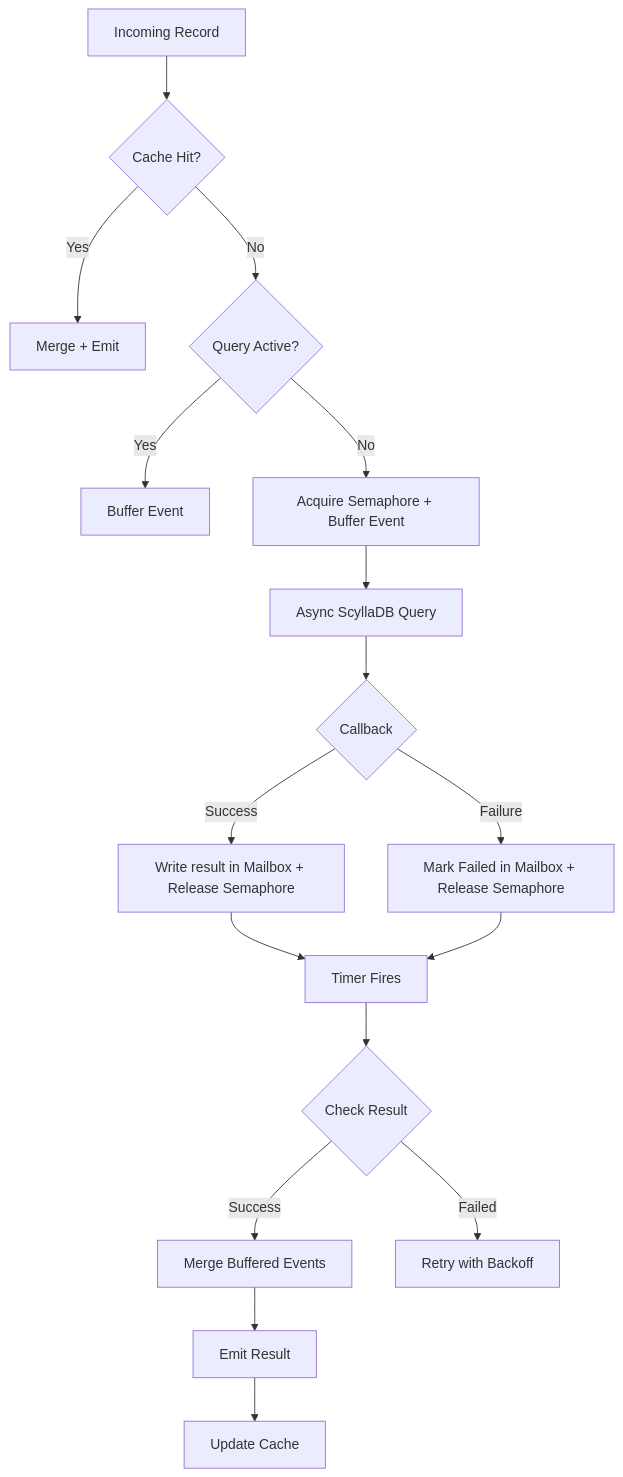
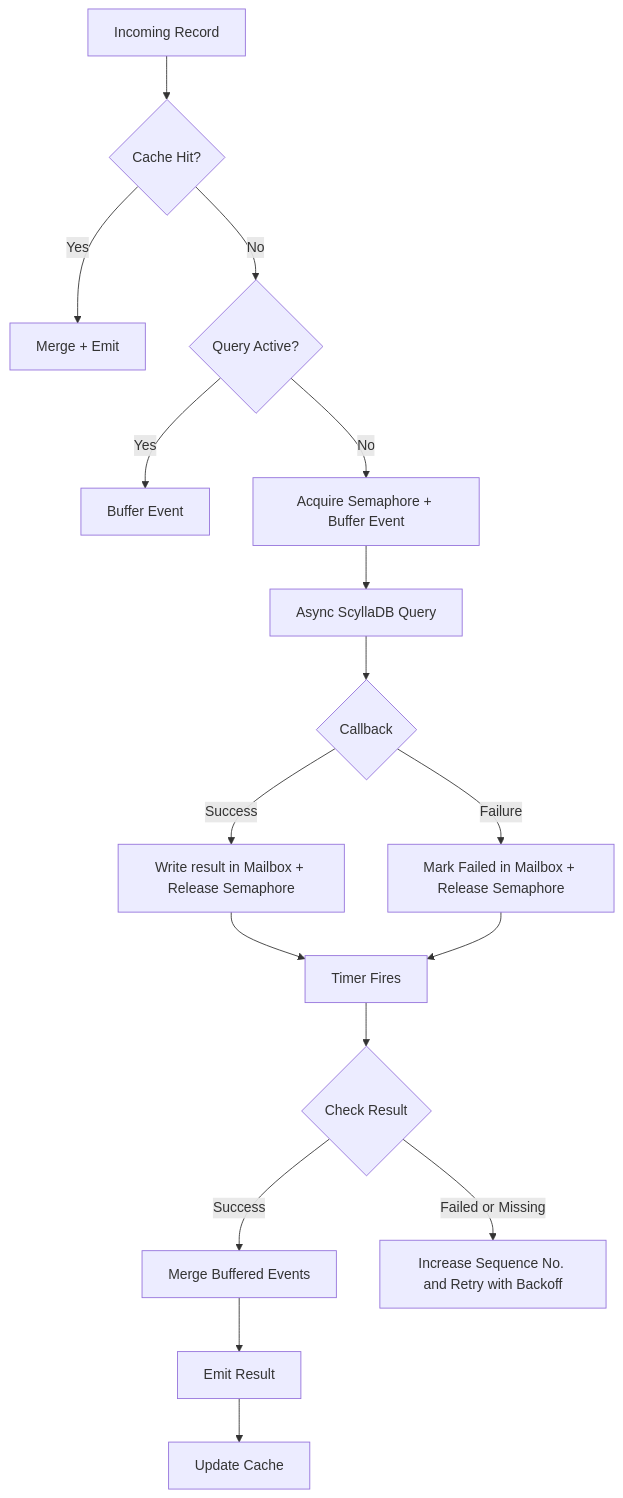
One commit to scaars10/scaars10.github.io changed the diagram in posts/stateful-async.md. Above: the diagram before and after it, drawn with Mermaid.

Commit message:
Refinements

````diff
--- a/posts/stateful-async.md
+++ b/posts/stateful-async.md
@@ -94,25 +94,25 @@
 ```mermaid
 graph TD
     Start[Incoming Record] --> CheckCache{Cache Hit?}
     CheckCache -- Yes --> MergeEmit[Merge + Emit]
     CheckCache -- No --> QueryActive{Query Active?}
     
     QueryActive -- Yes --> Buffer[Buffer Event]
     QueryActive -- No --> AcquireSem[Acquire Semaphore + Buffer Event]
     
     AcquireSem --> AsyncQuery[Async ScyllaDB Query]
     AsyncQuery --> Callback{Callback}
     
     Callback -- Success --> WriteMailbox[Write result in Mailbox + Release Semaphore]
     Callback -- Failure --> MarkFailed[Mark Failed in Mailbox + Release Semaphore]
     
     WriteMailbox --> TimerFires[Timer Fires]
     MarkFailed --> TimerFires
     
     TimerFires --> CheckResult{Check Result}
     CheckResult -- Success --> MergeAll[Merge Buffered Events]
-    CheckResult -- Failed --> Retry[Retry with Backoff]
+    CheckResult -- Failed or Missing --> Retry[Increase Sequence No. and Retry with Backoff]
     
     MergeAll --> EmitResult[Emit Result]
     EmitResult --> UpdateCache[Update Cache]
 ```
````
